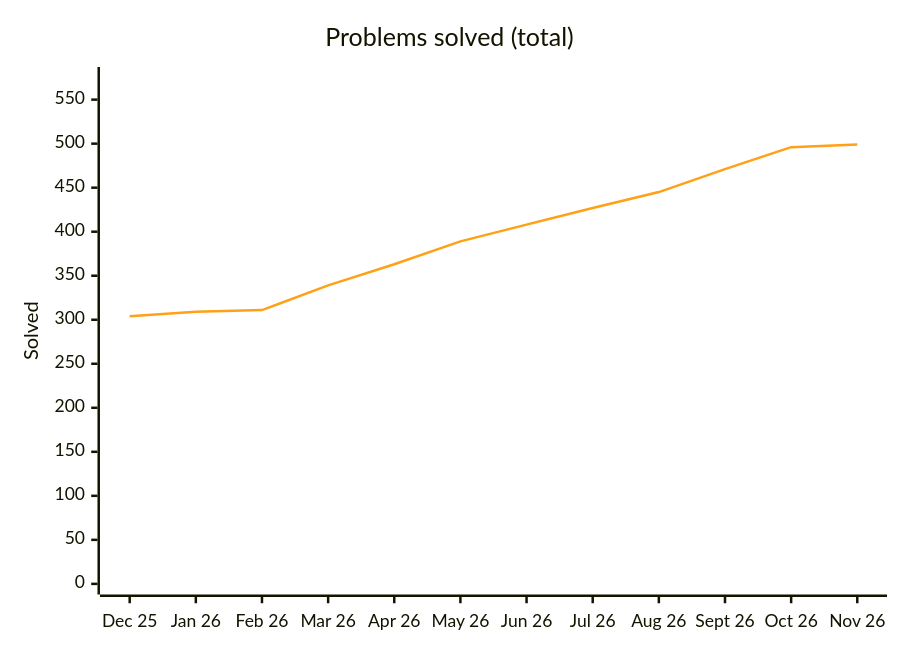
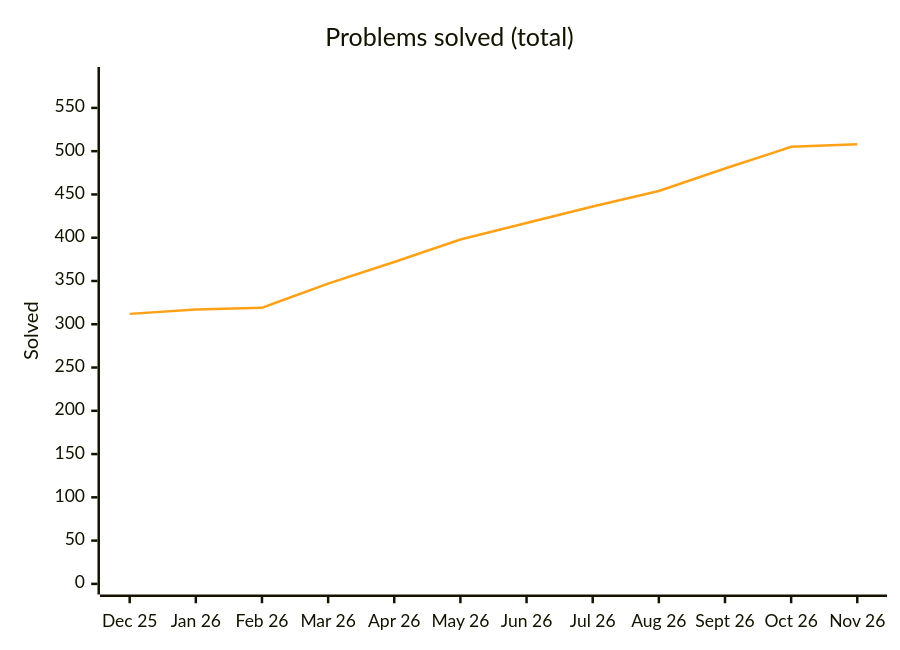
Before and after one commit to Ved-u/Java-DSA: the diagram in README.md, drawn with Mermaid. The commit also changed other lines of this file and 11 other files, not shown here.

````diff
--- a/README.md
+++ b/README.md
@@ -53,8 +53,8 @@
 ```mermaid
 %%{init: {"themeVariables": {"xyChart": {"plotColorPalette": "#ffa116"}}}}%%
 xychart-beta
     title "Problems solved (total)"
     x-axis ["Dec 25", "Jan 26", "Feb 26", "Mar 26", "Apr 26", "May 26", "Jun 26", "Jul 26", "Aug 26", "Sept 26", "Oct 26", "Nov 26"]
-    y-axis "Solved" 0 --> 575
-    line [304, 309, 311, 339, 363, 389, 408, 427, 445, 471, 496, 499]
+    y-axis "Solved" 0 --> 585
+    line [312, 317, 319, 347, 372, 398, 417, 436, 454, 480, 505, 508]
 ```
````
